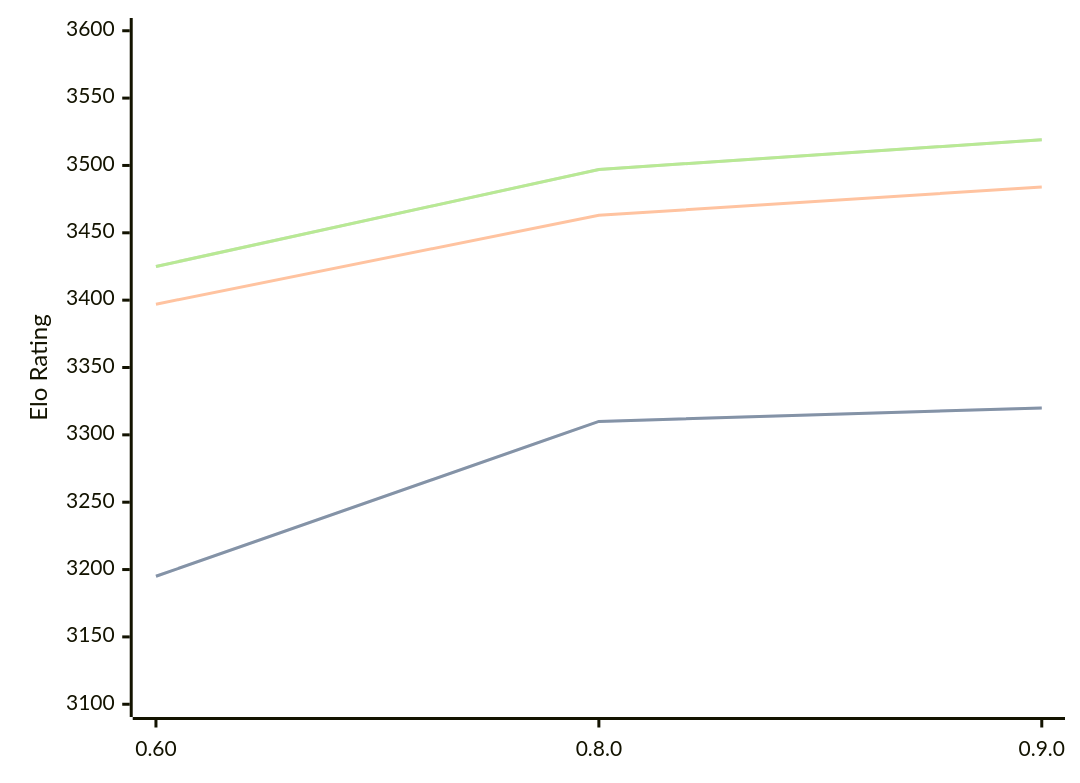
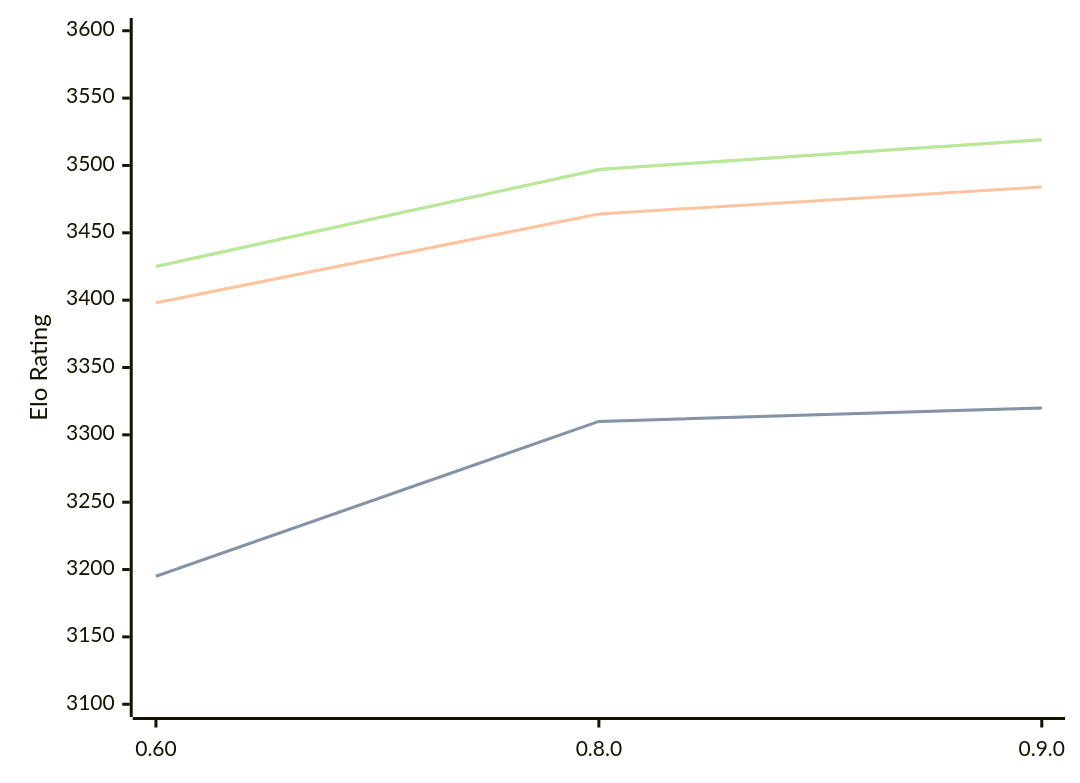
One commit to computer-chess-index/cci changed the diagram in engines/Motor.md. Above: the diagram before and after it, drawn with Mermaid. The commit also changed other lines of this file, not shown here.

````diff
--- a/engines/Motor.md
+++ b/engines/Motor.md
@@ -39,11 +39,11 @@
 ```mermaid
 %%{init: {"theme":"base","themeVariables":{"seriesColors:['#a3a3a3','#222221','#faa371']}}}%%
 xychart-beta
   x-axis ["0.60", "0.8.0", "0.9.0"]
   y-axis "Elo Rating" 3100 --> 3600
   line "STC (8.0+0.08s)" [3195, 3310, 3320]
   line "STC (8.0+0.08s)" [3195, 3310, 3320]
-  line "LTC (60.0+0.60s)" [3397, 3463, 3484]
+  line "LTC (60.0+0.60s)" [3398, 3464, 3484]
   line "VLTC (2m24s+1.12s)" [3425, 3497, 3519]
   line "VLTC (2m24s+1.12s)" [3425, 3497, 3519]
 ```
````
